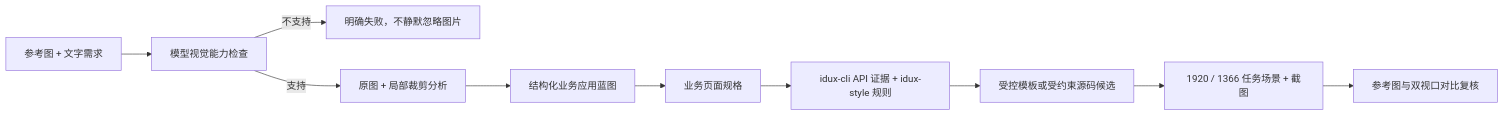
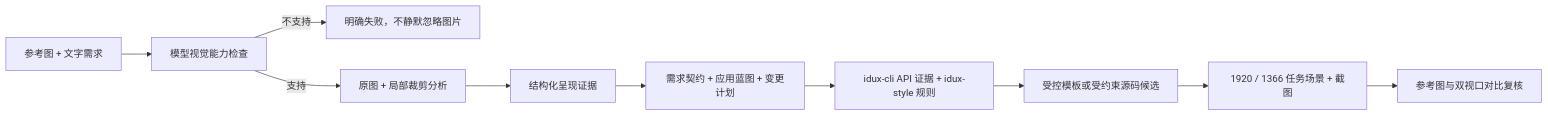
One commit to Jouryjc/ai-dashboard changed the second of 2 diagrams in docs/multi-artifact-architecture.md. Above: the diagram before and after it, drawn with Mermaid. The commit also changed other lines of this file and 49 other files, not shown here.

````diff
--- a/docs/multi-artifact-architecture.md
+++ b/docs/multi-artifact-architecture.md
@@ -63,12 +65,12 @@
 ```mermaid
 flowchart LR
   I["参考图 + 文字需求"] --> C["模型视觉能力检查"]
   C -->|"不支持"| B["明确失败，不静默忽略图片"]
   C -->|"支持"| A["原图 + 局部裁剪分析"]
-  A --> S["结构化业务应用蓝图"]
-  S --> P["业务页面规格"]
+  A --> S["结构化呈现证据"]
+  S --> P["需求契约 + 应用蓝图 + 变更计划"]
   P --> E["idux-cli API 证据 + idux-style 规则"]
   E --> G["受控模板或受约束源码候选"]
   G --> V["1920 / 1366 任务场景 + 截图"]
   V --> R["参考图与双视口对比复核"]
 ```
````
